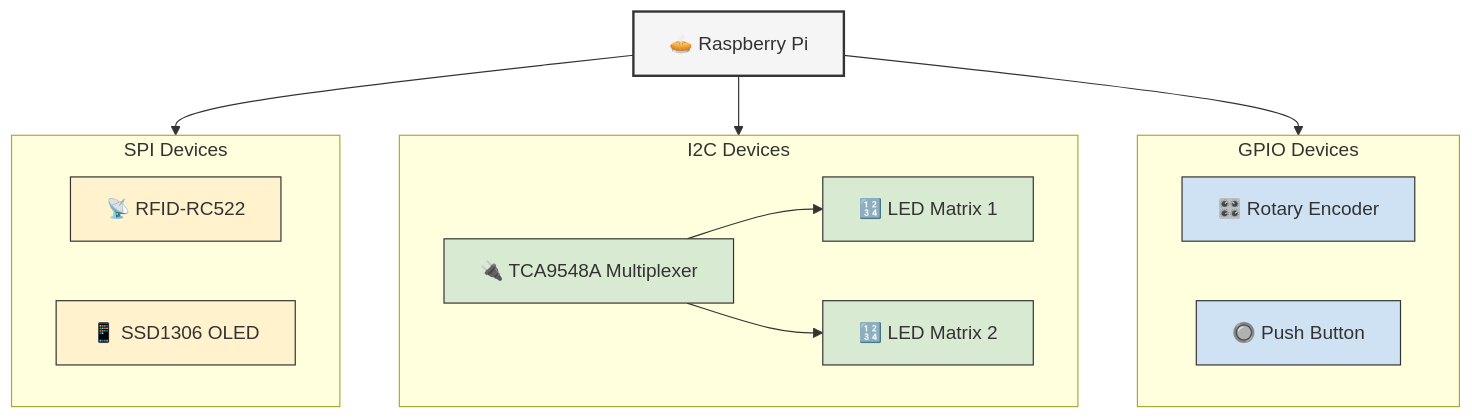
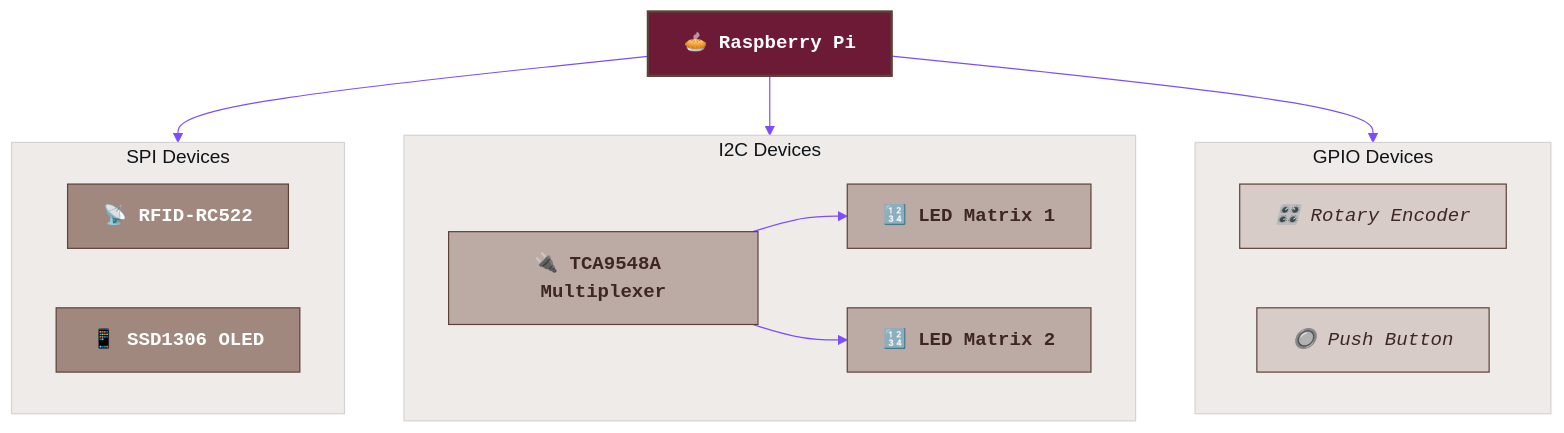
Before and after one commit to declanshanaghy/gwent: the third of 9 diagrams in README.md, drawn with Mermaid. The commit also changed other lines of this file and 6 other files, not shown here.

First line of the commit message:
Add mermaid style guide and apply to all diagrams

````diff
--- a/README.md
+++ b/README.md
@@ -77,32 +105,46 @@
 ```mermaid
+%%{init: {
+  'theme': 'base',
+  'themeVariables': {
+    'primaryColor': '#6d1a36',
+    'primaryTextColor': '#fff',
+    'primaryBorderColor': '#7C4DFF',
+    'lineColor': '#7C4DFF',
+    'secondaryColor': '#D7CCC8',
+    'tertiaryColor': '#EFEBE9',
+    'fontFamily': 'Courier New',
+    'fontSize': '16px'
+  }
+}}%%
+
 graph TD
-    classDef rpi fill:#f5f5f5,stroke:#333,stroke-width:2px
-    classDef spi fill:#fff2cc,stroke:#333,stroke-width:1px
-    classDef i2c fill:#d9ead3,stroke:#333,stroke-width:1px
-    classDef gpio fill:#cfe2f3,stroke:#333,stroke-width:1px
+    classDef rpi fill:#6d1a36,stroke:#5D4037,stroke-width:2px,color:#fff,font-family:'Courier New',font-weight:bold
+    classDef spi fill:#A1887F,stroke:#5D4037,stroke-width:1px,color:#fff,font-family:'Courier New',font-weight:bold
+    classDef i2c fill:#BCAAA4,stroke:#5D4037,stroke-width:1px,color:#3E2723,font-family:'Courier New',font-weight:bold
+    classDef gpio fill:#D7CCC8,stroke:#5D4037,stroke-width:1px,color:#3E2723,font-family:'Courier New',font-style:italic
     
     rpi["🥧 Raspberry Pi"]:::rpi
     
     subgraph spi_devices["SPI Devices"]
         rfid["📡 RFID-RC522"]:::spi
         oled["📱 SSD1306 OLED"]:::spi
     end
     
     subgraph i2c_devices["I2C Devices"]
         mux["🔌 TCA9548A Multiplexer"]:::i2c
         matrix1["🔢 LED Matrix 1"]:::i2c
         matrix2["🔢 LED Matrix 2"]:::i2c
     end
     
     subgraph gpio_devices["GPIO Devices"]
         rotary["🎛️ Rotary Encoder"]:::gpio
         button["🔘 Push Button"]:::gpio
     end
     
     rpi --> spi_devices
     rpi --> i2c_devices
     rpi --> gpio_devices
     
     mux --> matrix1
     mux --> matrix2
 ```
````
